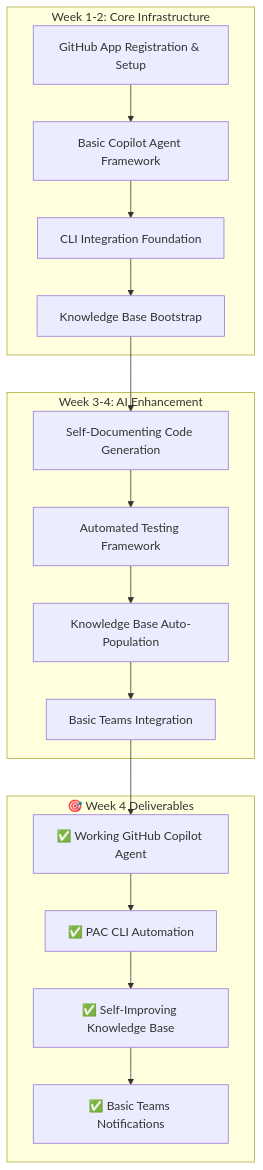
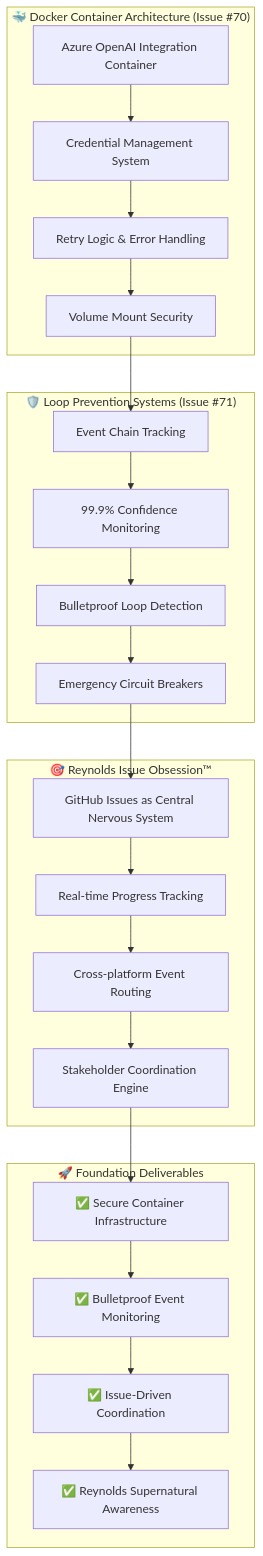
One commit to dynamicstms365/meet-reynolds changed the first of 8 diagrams in STRATEGIC_IMPLEMENTATION_PLAN.md. Above: the diagram before and after it, drawn with Mermaid. The commit also changed other lines of this file and 1 other file, not shown here.

First line of the commit message:
Transform documentation to Reynolds Event Broker Orchestrator architecture

````diff
--- a/STRATEGIC_IMPLEMENTATION_PLAN.md
+++ b/STRATEGIC_IMPLEMENTATION_PLAN.md
@@ -18,28 +19,36 @@
 ```mermaid
 graph TB
-    subgraph "Week 1-2: Core Infrastructure"
-        A1[GitHub App Registration & Setup]
-        A2[Basic Copilot Agent Framework]
-        A3[CLI Integration Foundation]
-        A4[Knowledge Base Bootstrap]
+    subgraph "🐳 Docker Container Architecture (Issue #70)"
+        A1[Azure OpenAI Integration Container]
+        A2[Credential Management System]
+        A3[Retry Logic & Error Handling]
+        A4[Volume Mount Security]
     end
     
-    subgraph "Week 3-4: AI Enhancement"
-        B1[Self-Documenting Code Generation]
-        B2[Automated Testing Framework]
-        B3[Knowledge Base Auto-Population]
-        B4[Basic Teams Integration]
+    subgraph "🛡️ Loop Prevention Systems (Issue #71)"
+        B1[Event Chain Tracking]
+        B2[99.9% Confidence Monitoring]
+        B3[Bulletproof Loop Detection]
+        B4[Emergency Circuit Breakers]
+    end
+    
+    subgraph "🎯 Reynolds Issue Obsession™"
+        C1[GitHub Issues as Central Nervous System]
+        C2[Real-time Progress Tracking]
+        C3[Cross-platform Event Routing]
+        C4[Stakeholder Coordination Engine]
     end
     
     A1 --> A2 --> A3 --> A4
     A4 --> B1 --> B2 --> B3 --> B4
+    B4 --> C1 --> C2 --> C3 --> C4
     
-    subgraph "🎯 Week 4 Deliverables"
-        D1[✅ Working GitHub Copilot Agent]
-        D2[✅ PAC CLI Automation]
-        D3[✅ Self-Improving Knowledge Base]
-        D4[✅ Basic Teams Notifications]
+    subgraph "🚀 Foundation Deliverables"
+        D1[✅ Secure Container Infrastructure]
+        D2[✅ Bulletproof Event Monitoring]
+        D3[✅ Issue-Driven Coordination]
+        D4[✅ Reynolds Supernatural Awareness]
     end
     
-    B4 --> D1 --> D2 --> D3 --> D4
+    C4 --> D1 --> D2 --> D3 --> D4
 ```
````
